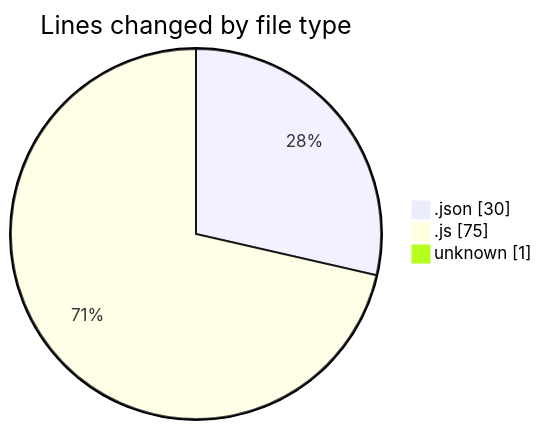
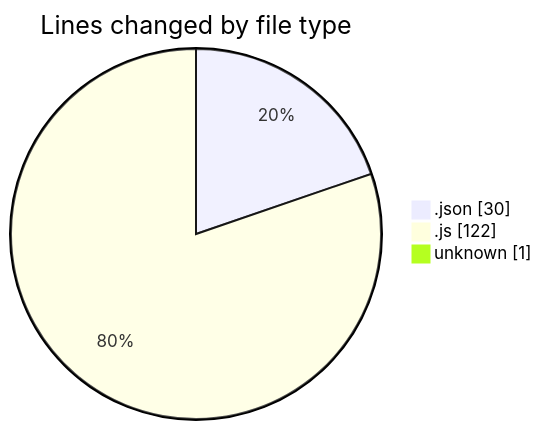
Before and after one commit to Ritupan-Deka/code-tracking: the first of 2 diagrams in 2025-07-16/mern-workoutboard/README.md, drawn with Mermaid. The commit also changed other lines of this file and 1 other file, not shown here.

````diff
--- a/2025-07-16/mern-workoutboard/README.md
+++ b/2025-07-16/mern-workoutboard/README.md
@@ -23,7 +23,7 @@
 ```mermaid
 pie showData
 title Lines changed by file type
 ".json" : 30
-".js" : 75
+".js" : 122
 "unknown" : 1
 ```
````
